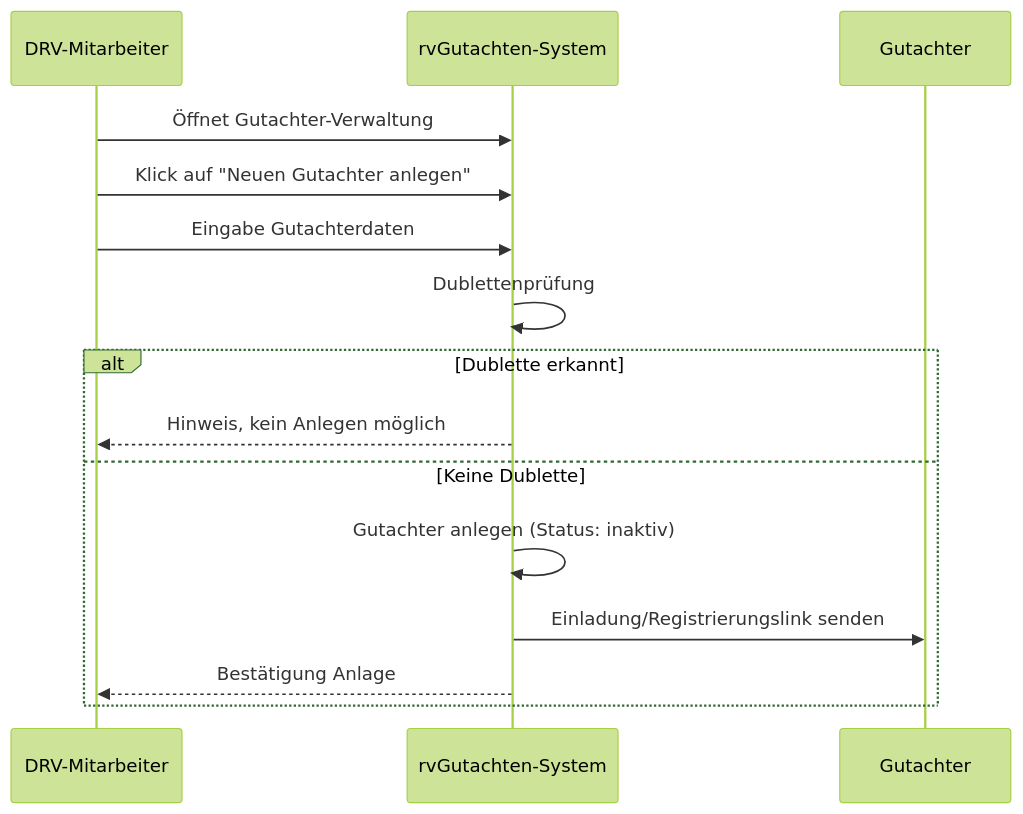
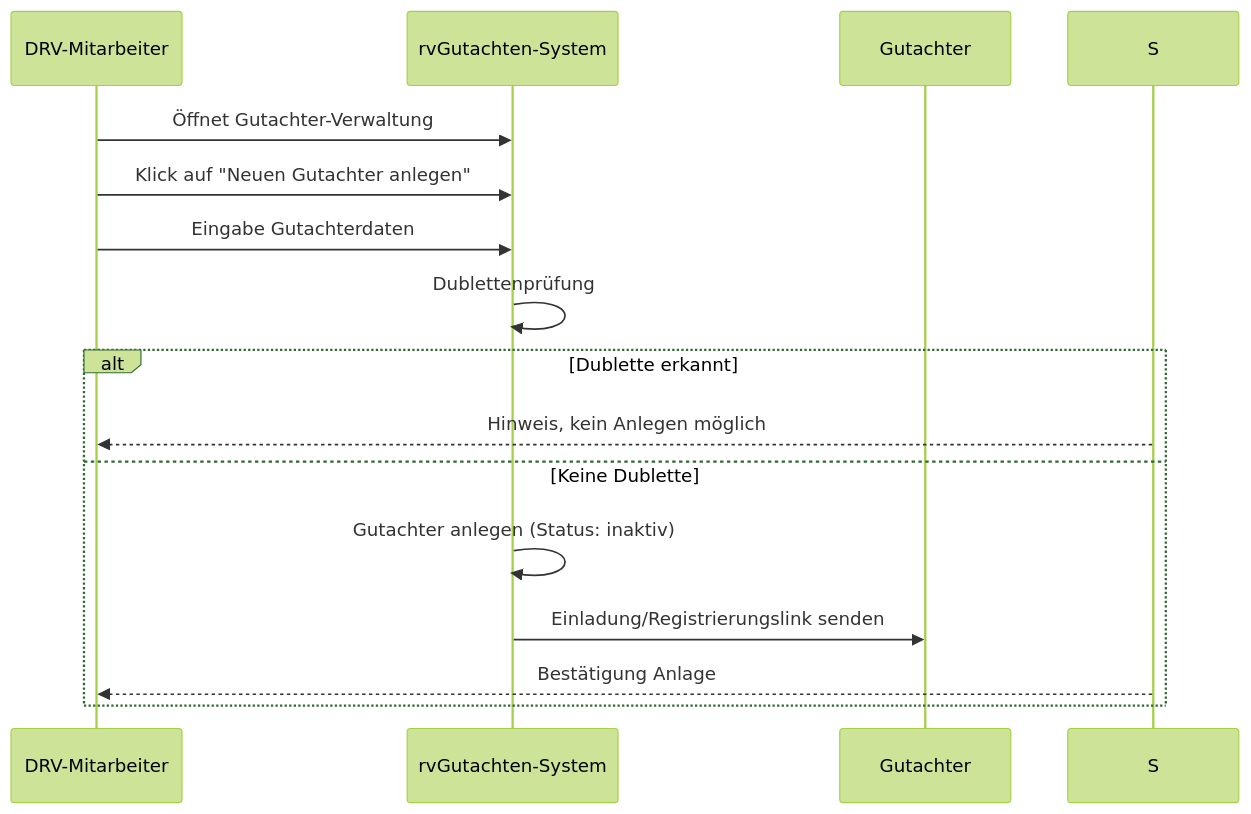
One commit to megadur/QARvGut changed the diagram in docs/UseCases/mermaid/UC-01_Gutachter-Anlegen-DRV.mmd. Above: the diagram before and after it, drawn with Mermaid (forest theme). The commit also changed 11 other files, not shown here.

First line of the commit message:
docs: Standardize participant abbreviations and add leading zeros to all UC diagrams

````diff
--- a/docs/UseCases/mermaid/UC-01_Gutachter-Anlegen-DRV.mmd
+++ b/docs/UseCases/mermaid/UC-01_Gutachter-Anlegen-DRV.mmd
@@ -1,18 +1,18 @@
 ```mermaid
 sequenceDiagram
-    participant M as DRV-Mitarbeiter
-    participant S as rvGutachten-System
-    participant G as Gutachter
+    participant DRV as DRV-Mitarbeiter
+    participant RVG as rvGutachten-System
+    participant GUT as Gutachter
 
-    M->>S: Öffnet Gutachter-Verwaltung
-    M->>S: Klick auf "Neuen Gutachter anlegen"
-    M->>S: Eingabe Gutachterdaten
-    S->>S: Dublettenprüfung
+    DRV->>RVG: Öffnet Gutachter-Verwaltung
+    DRV->>RVG: Klick auf "Neuen Gutachter anlegen"
+    DRV->>RVG: Eingabe Gutachterdaten
+    RVG->>RVG: Dublettenprüfung
     alt Dublette erkannt
-        S-->>M: Hinweis, kein Anlegen möglich
+        S-->>DRV: Hinweis, kein Anlegen möglich
     else Keine Dublette
-        S->>S: Gutachter anlegen (Status: inaktiv)
-        S->>G: Einladung/Registrierungslink senden
-        S-->>M: Bestätigung Anlage
+        RVG->>RVG: Gutachter anlegen (Status: inaktiv)
+        RVG->>GUT: Einladung/Registrierungslink senden
+        S-->>DRV: Bestätigung Anlage
     end
 ```
````
